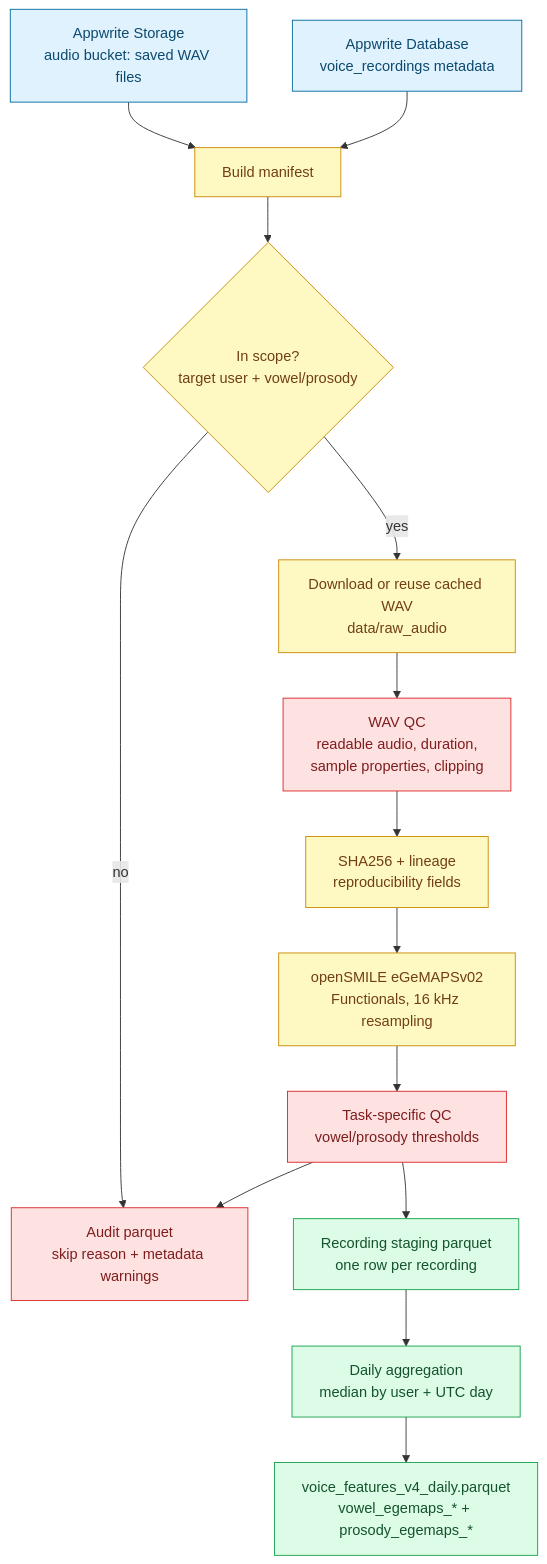
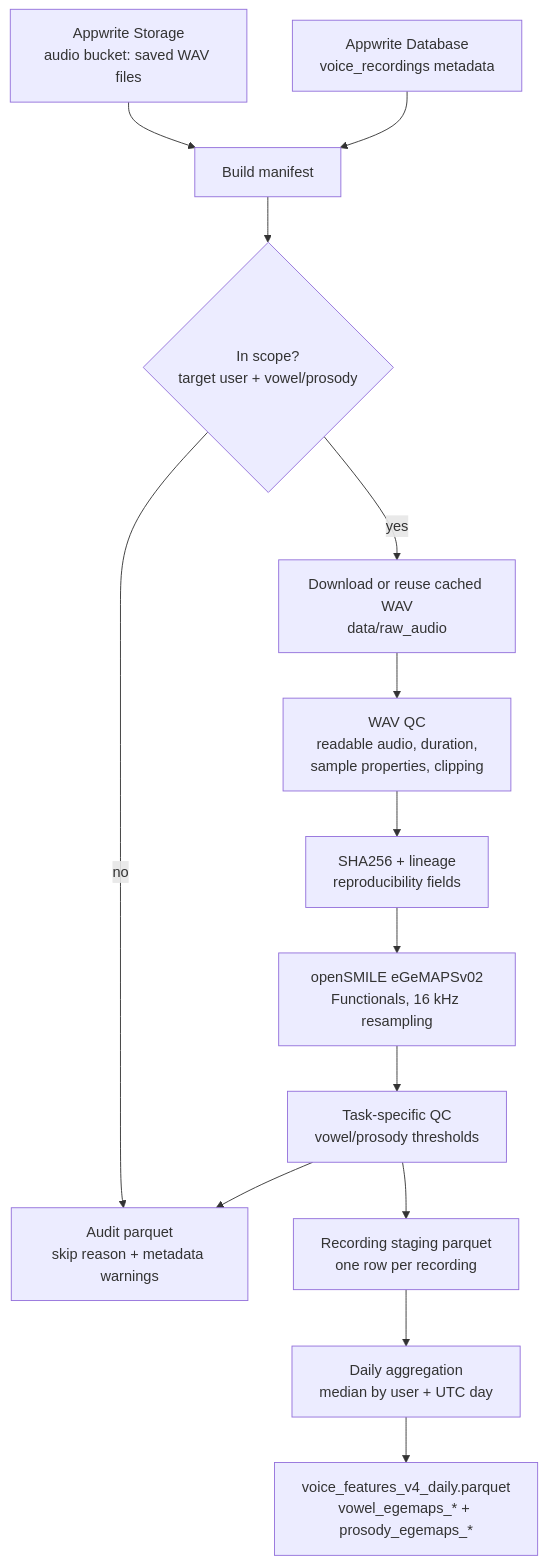
Before and after one commit to PoisonIvory/voice_feature_extraction: the second of 3 diagrams in docs/voice_cycle_analysis/DATA_FLOW_DIAGRAMS.md, drawn with Mermaid. The commit also changed other lines of this file, not shown here.

First line of the commit message:
docs: revise voice-cycle data flow streams

````diff
--- a/docs/voice_cycle_analysis/DATA_FLOW_DIAGRAMS.md
+++ b/docs/voice_cycle_analysis/DATA_FLOW_DIAGRAMS.md
@@ -43,28 +33,18 @@
 ```mermaid
 flowchart TD
     A["Appwrite Storage<br/>audio bucket: saved WAV files"] --> C["Build manifest"]
     B["Appwrite Database<br/>voice_recordings metadata"] --> C
 
     C --> D{"In scope?<br/>target user + vowel/prosody"}
     D -- "no" --> AUDIT["Audit parquet<br/>skip reason + metadata warnings"]
     D -- "yes" --> E["Download or reuse cached WAV<br/>data/raw_audio"]
 
     E --> F["WAV QC<br/>readable audio, duration,<br/>sample properties, clipping"]
     F --> G["SHA256 + lineage<br/>reproducibility fields"]
     G --> H["openSMILE eGeMAPSv02<br/>Functionals, 16 kHz resampling"]
     H --> I["Task-specific QC<br/>vowel/prosody thresholds"]
     I --> J["Recording staging parquet<br/>one row per recording"]
     J --> K["Daily aggregation<br/>median by user + UTC day"]
     K --> L["voice_features_v4_daily.parquet<br/>vowel_egemaps_* + prosody_egemaps_*"]
     I --> AUDIT
-
-    classDef cloud fill:#e0f2fe,stroke:#0369a1,color:#0c4a6e;
-    classDef qc fill:#fee2e2,stroke:#dc2626,color:#7f1d1d;
-    classDef data fill:#dcfce7,stroke:#16a34a,color:#14532d;
-    classDef process fill:#fef9c3,stroke:#ca8a04,color:#713f12;
-
-    class A,B cloud;
-    class F,I,AUDIT qc;
-    class J,K,L data;
-    class C,D,E,G,H process;
 ```
````
